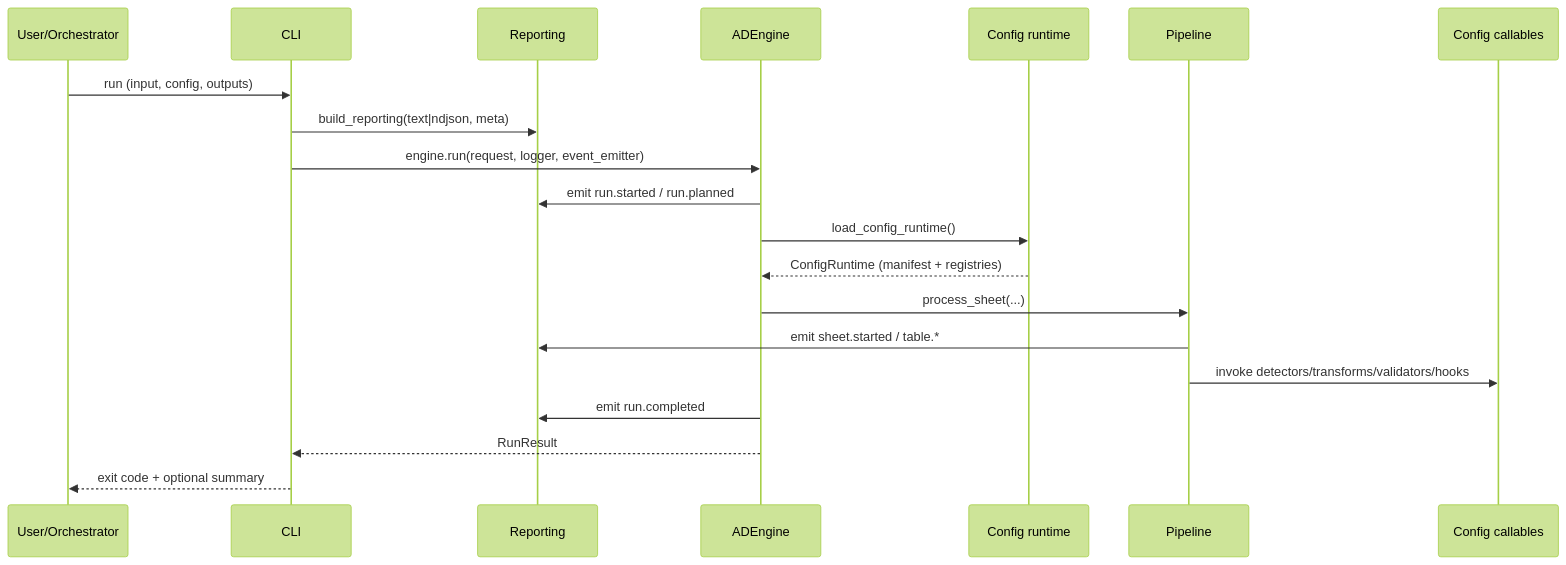
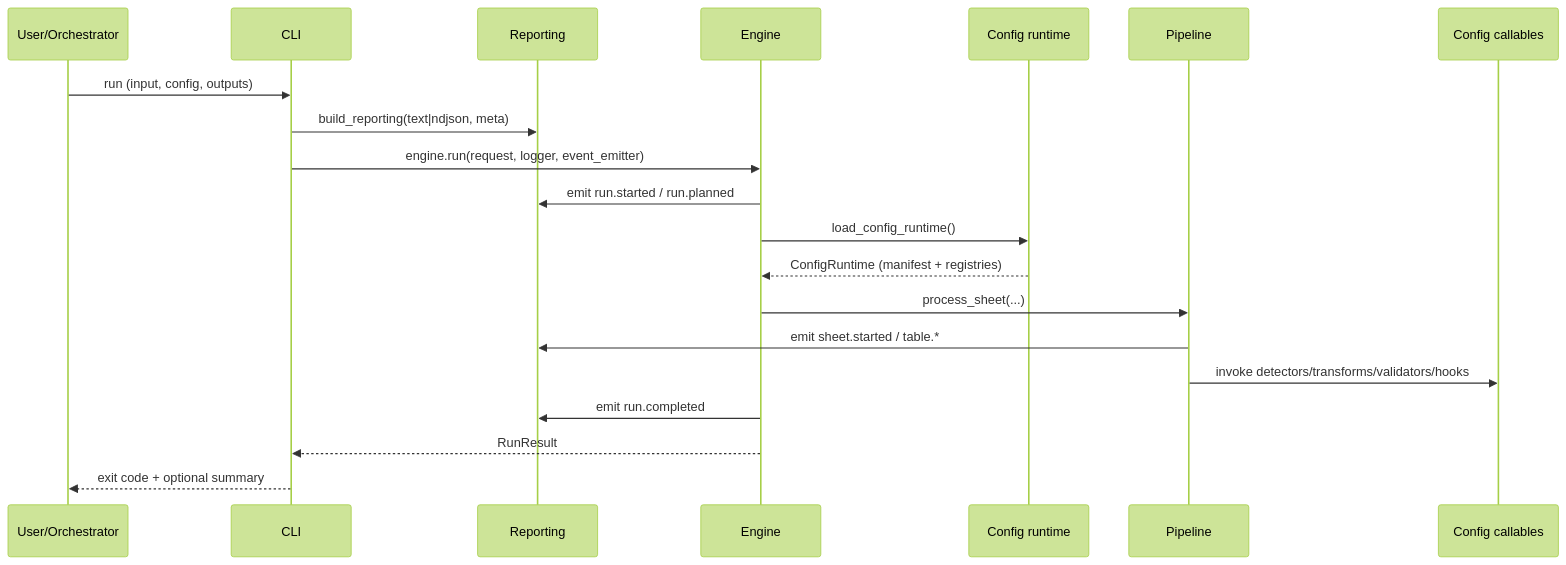
Before and after one commit to clac-ca/ade-engine: the diagram in docs/architecture.md, drawn with Mermaid (forest theme). The commit also changed other lines of this file and 14 other files, not shown here.

````diff
--- a/docs/architecture.md
+++ b/docs/architecture.md
@@ -62,23 +62,23 @@
 ```mermaid
 sequenceDiagram
   participant User as User/Orchestrator
   participant CLI as CLI
   participant Rep as Reporting
-  participant Eng as ADEngine
+  participant Eng as Engine
   participant Cfg as Config runtime
   participant Pipe as Pipeline
   participant Config as Config callables
 
   User->>CLI: run (input, config, outputs)
   CLI->>Rep: build_reporting(text|ndjson, meta)
   CLI->>Eng: engine.run(request, logger, event_emitter)
   Eng->>Rep: emit run.started / run.planned
   Eng->>Cfg: load_config_runtime()
   Cfg-->>Eng: ConfigRuntime (manifest + registries)
   Eng->>Pipe: process_sheet(...)
   Pipe->>Rep: emit sheet.started / table.*
   Pipe->>Config: invoke detectors/transforms/validators/hooks
   Eng->>Rep: emit run.completed
   Eng-->>CLI: RunResult
   CLI-->>User: exit code + optional summary
 ```
````
